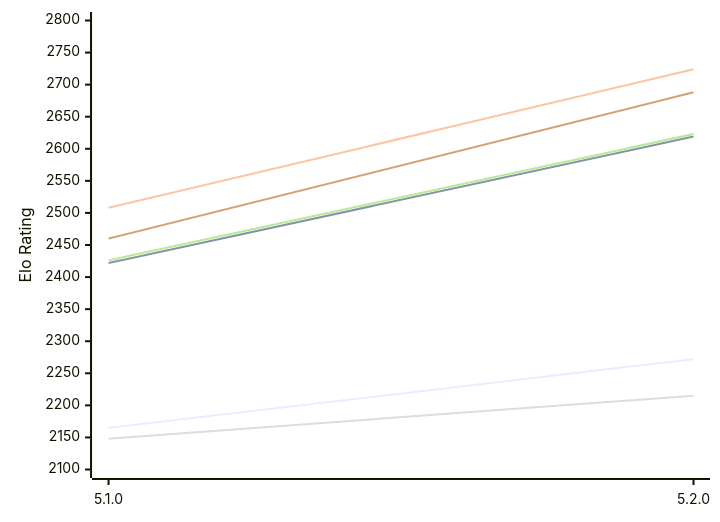
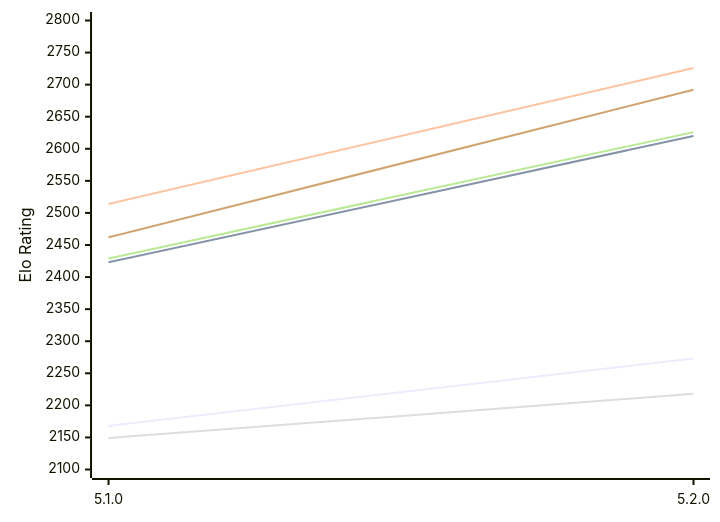
The first of 2 diagrams in engines/Aconcagua.md (computer-chess-index/cci), drawn with Mermaid before and after one commit. The commit also changed other lines of this file, not shown here.

Commit message:
Update CCI Ratings (ELO VLTC) - 2026-11-24

````diff
--- a/engines/Aconcagua.md
+++ b/engines/Aconcagua.md
@@ -53,12 +53,12 @@
 ```mermaid
 %%{init: {"theme":"base","themeVariables":{"seriesColors:['#a3a3a3','#222221','#faa371']}}}%%
 xychart-beta
   x-axis ["5.1.0", "5.2.0"]
   y-axis "Elo Rating" 2100 --> 2800
-  line "E1: STC (8.0+0.08s)" [2165, 2272]
-  line "E1: LTC (60.0+0.60s)" [2422, 2619]
-  line "E1: VLTC (2m24s+1.12s)" [2508, 2724]
-  line "P1: STC (8.0+0.08s)" [2148, 2215]
-  line "P1: LTC (60.0+0.60s)" [2426, 2623]
-  line "P1: VLTC (2m24s+1.12s)" [2460, 2688]
+  line "E1: STC (8.0+0.08s)" [2168, 2273]
+  line "E1: LTC (60.0+0.60s)" [2423, 2620]
+  line "E1: VLTC (2m24s+1.12s)" [2514, 2726]
+  line "P1: STC (8.0+0.08s)" [2149, 2218]
+  line "P1: LTC (60.0+0.60s)" [2429, 2626]
+  line "P1: VLTC (2m24s+1.12s)" [2462, 2692]
 ```
````
